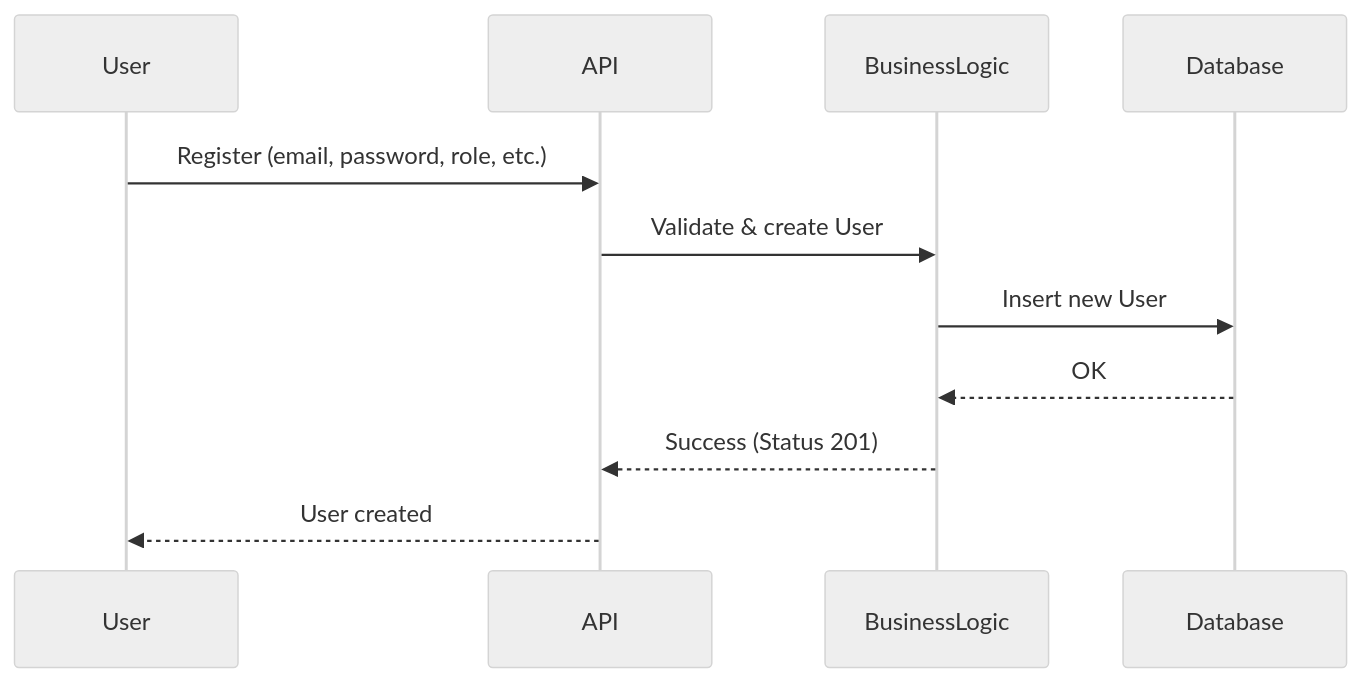
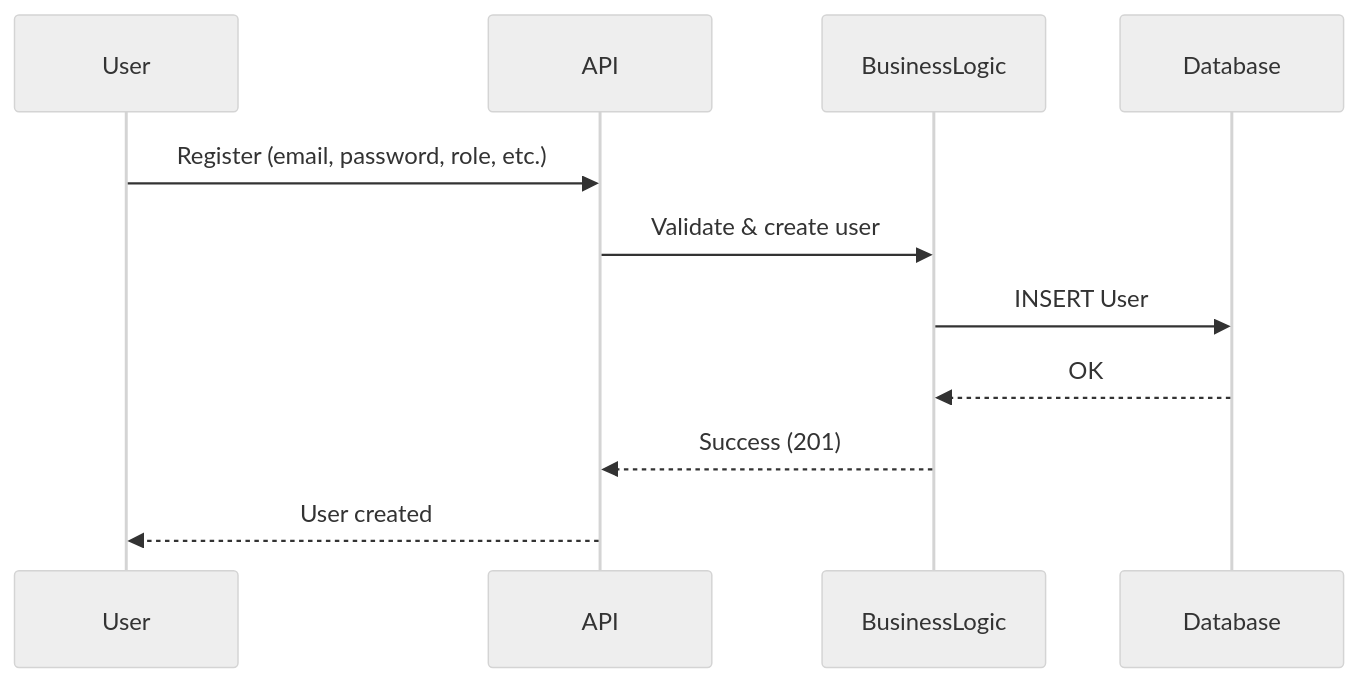
One commit to Bary-G/portfolio-project_bus-fleet-management changed the fourth of 10 diagrams in README.md. Above: the diagram before and after it, drawn with Mermaid (neutral theme). The commit also changed other lines of this file, not shown here.

````diff
--- a/README.md
+++ b/README.md
@@ -140,13 +187,15 @@
 ```mermaid
 sequenceDiagram
 participant User
 participant API
 participant BusinessLogic
 participant Database
+
 User->>API: Register (email, password, role, etc.)
-API->>BusinessLogic: Validate & create User
-BusinessLogic->>Database: Insert new User
+API->>BusinessLogic: Validate & create user
+BusinessLogic->>Database: INSERT User
 Database-->>BusinessLogic: OK
-BusinessLogic-->>API: Success (Status 201)
+BusinessLogic-->>API: Success (201)
 API-->>User: User created
+
 ```
````
